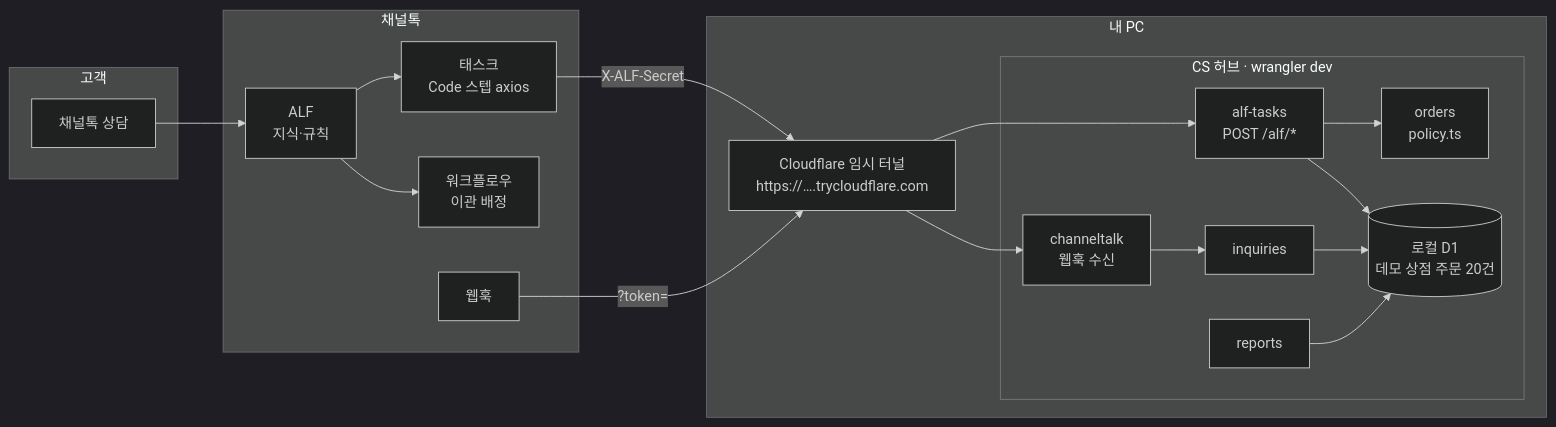
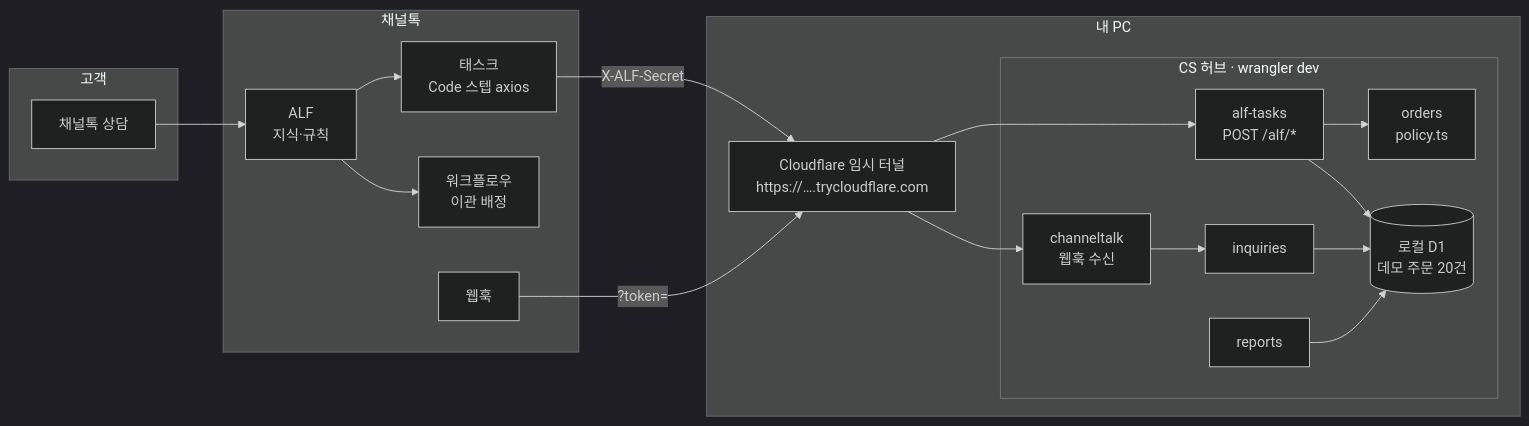
The second of 2 diagrams in README.md (lirongzzuin/ssokgolla-cs-hub), drawn with Mermaid (dark theme) before and after one commit. The commit also changed other lines of this file and 1 other file, not shown here.

````diff
--- a/README.md
+++ b/README.md
@@ -30,28 +141,28 @@
 ```mermaid
 flowchart LR
   subgraph Customer[고객]
     C1[채널톡 상담]
   end
   subgraph ChannelTalk[채널톡]
     ALF[ALF<br/>지식·규칙]
     TASK[태스크<br/>Code 스텝 axios]
     WF[워크플로우<br/>이관 배정]
     HOOK[웹훅]
   end
   subgraph Local[내 PC]
     TUN[Cloudflare 임시 터널<br/>https://….trycloudflare.com]
     subgraph Hub[CS 허브 · wrangler dev]
       ALFAPI[alf-tasks<br/>POST /alf/*]
       WH[channeltalk<br/>웹훅 수신]
       POL[orders<br/>policy.ts]
       INQ[inquiries]
       REP[reports]
-      D1[(로컬 D1<br/>데모 상점 주문 20건)]
+      D1[(로컬 D1<br/>데모 주문 20건)]
     end
   end
   C1 --> ALF --> TASK -->|X-ALF-Secret| TUN --> ALFAPI --> POL
   ALFAPI --> D1
   HOOK -->|?token=| TUN --> WH --> INQ --> D1
   REP --> D1
   ALF --> WF
 ```
````
